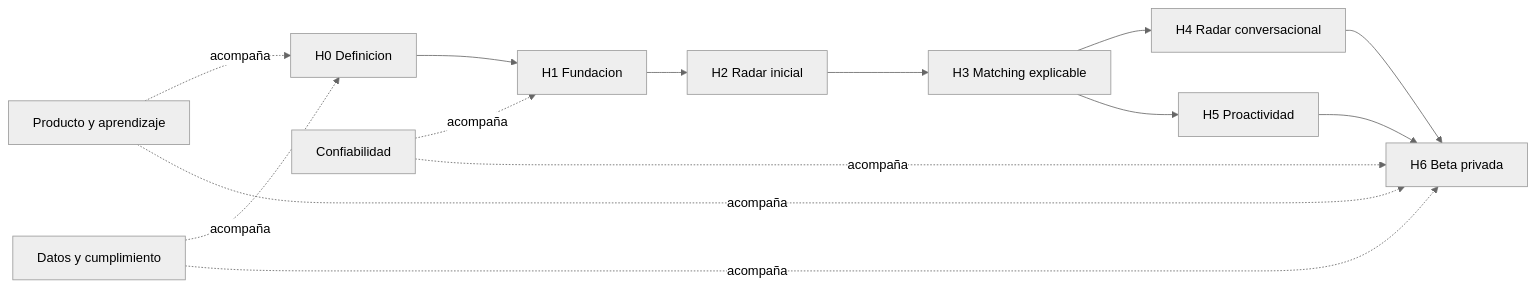
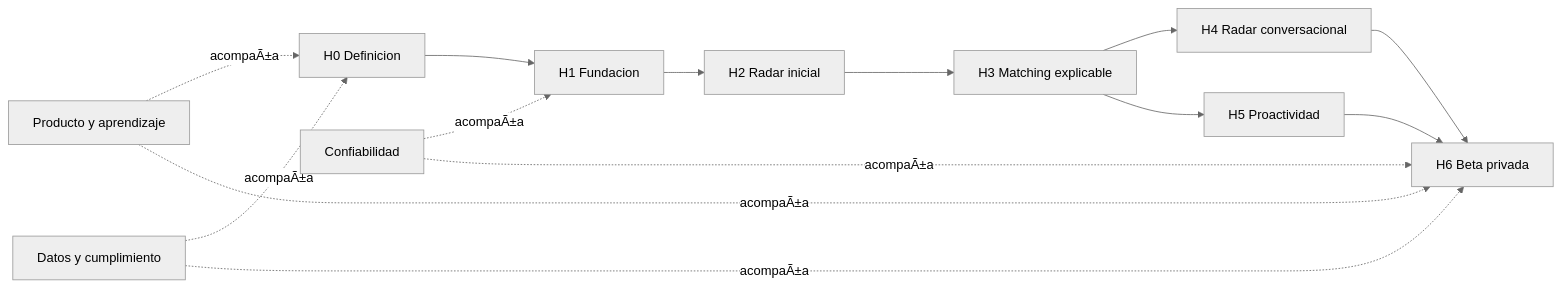
One commit to tdalverme/umbral changed the diagram in docs/product/backlog.md. Above: the diagram before and after it, drawn with Mermaid (neutral theme). The commit also changed other lines of this file and 2 other files, not shown here.

````diff
--- a/docs/product/backlog.md
+++ b/docs/product/backlog.md
@@ -83,17 +83,17 @@
 ```mermaid
 flowchart LR
   H0["H0 Definicion"] --> H1["H1 Fundacion"]
   H1 --> H2["H2 Radar inicial"]
   H2 --> H3["H3 Matching explicable"]
   H3 --> H4["H4 Radar conversacional"]
   H3 --> H5["H5 Proactividad"]
   H4 --> H6["H6 Beta privada"]
   H5 --> H6
 
-  PR["Producto y aprendizaje"] -. acompaña .-> H0
-  PR -. acompaña .-> H6
-  DC["Datos y cumplimiento"] -. acompaña .-> H0
-  DC -. acompaña .-> H6
-  CO["Confiabilidad"] -. acompaña .-> H1
-  CO -. acompaña .-> H6
+  PR["Producto y aprendizaje"] -. acompaÃ±a .-> H0
+  PR -. acompaÃ±a .-> H6
+  DC["Datos y cumplimiento"] -. acompaÃ±a .-> H0
+  DC -. acompaÃ±a .-> H6
+  CO["Confiabilidad"] -. acompaÃ±a .-> H1
+  CO -. acompaÃ±a .-> H6
 ```
````
